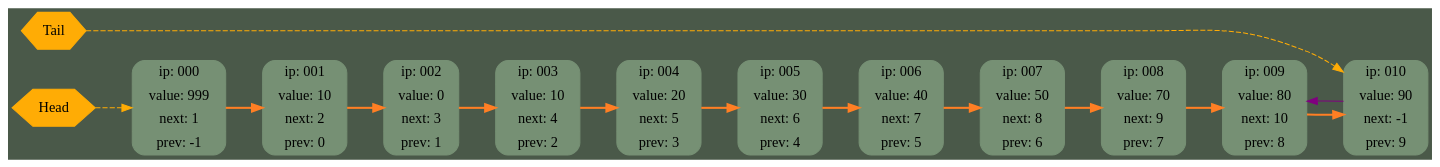
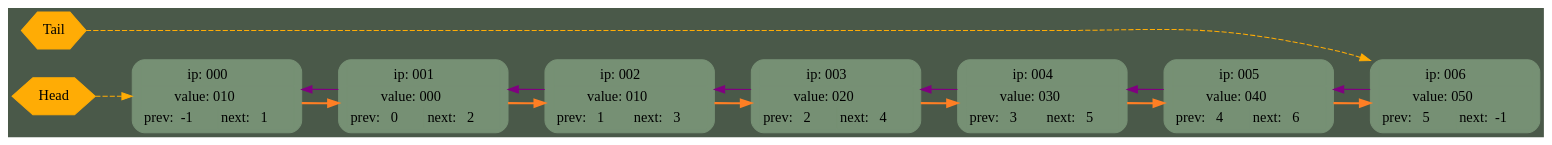
Before and after one commit to rAch-kaplin/List: the diagram in GraphDump/dump.dot, drawn with Graphviz. The commit also changed 4 other files, not shown here.

```diff
--- a/GraphDump/dump.dot
+++ b/GraphDump/dump.dot
@@ -1,36 +1,75 @@
 digraph G {
 	rankdir = LR;
 	bgcolor="#4A5949"
-	node000 [shape=Mrecord; style=filled; color="#769074"; label =  " { ip: 000} | {value: 999} | {next:   1} | {prev:  -1} " ];
-	node001 [shape=Mrecord; style=filled; color="#769074"; label =  " { ip: 001} | {value:  10} | {next:   2} | {prev:   0} " ];
-	node002 [shape=Mrecord; style=filled; color="#769074"; label =  " { ip: 002} | {value:   0} | {next:   3} | {prev:   1} " ];
-	node003 [shape=Mrecord; style=filled; color="#769074"; label =  " { ip: 003} | {value:  10} | {next:   4} | {prev:   2} " ];
-	node004 [shape=Mrecord; style=filled; color="#769074"; label =  " { ip: 004} | {value:  20} | {next:   5} | {prev:   3} " ];
-	node005 [shape=Mrecord; style=filled; color="#769074"; label =  " { ip: 005} | {value:  30} | {next:   6} | {prev:   4} " ];
-	node006 [shape=Mrecord; style=filled; color="#769074"; label =  " { ip: 006} | {value:  40} | {next:   7} | {prev:   5} " ];
-	node007 [shape=Mrecord; style=filled; color="#769074"; label =  " { ip: 007} | {value:  50} | {next:   8} | {prev:   6} " ];
-	node008 [shape=Mrecord; style=filled; color="#769074"; label =  " { ip: 008} | {value:  70} | {next:   9} | {prev:   7} " ];
-	node009 [shape=Mrecord; style=filled; color="#769074"; label =  " { ip: 009} | {value:  80} | {next:  10} | {prev:   8} " ];
-	node010 [shape=Mrecord; style=filled; color="#769074"; label =  " { ip: 010} | {value:  90} | {next:  -1} | {prev:   9} " ];
+	node000 [shape=Mrecord; style=filled; color="#769074"; label = <
+		         <table border='0' cellborder='1' cellspacing='0'>
+			           <tr><td align='center' colspan='2'> ip: 000 </td></tr>
+			           <tr><td align='center' colspan='2'> value: 010 </td></tr>
+			           <tr><td align='center' > prev:  -1 </td>
+			               <td align='center'> next:   1 </td></tr>
+		         </table> >];
+	node001 [shape=Mrecord; style=filled; color="#769074"; label = <
+		         <table border='0' cellborder='1' cellspacing='0'>
+			           <tr><td align='center' colspan='2'> ip: 001 </td></tr>
+			           <tr><td align='center' colspan='2'> value: 000 </td></tr>
+			           <tr><td align='center' > prev:   0 </td>
+			               <td align='center'> next:   2 </td></tr>
+		         </table> >];
+	node002 [shape=Mrecord; style=filled; color="#769074"; label = <
+		         <table border='0' cellborder='1' cellspacing='0'>
+			           <tr><td align='center' colspan='2'> ip: 002 </td></tr>
+			           <tr><td align='center' colspan='2'> value: 010 </td></tr>
+			           <tr><td align='center' > prev:   1 </td>
+			               <td align='center'> next:   3 </td></tr>
+		         </table> >];
+	node003 [shape=Mrecord; style=filled; color="#769074"; label = <
+		         <table border='0' cellborder='1' cellspacing='0'>
+			           <tr><td align='center' colspan='2'> ip: 003 </td></tr>
+			           <tr><td align='center' colspan='2'> value: 020 </td></tr>
+			           <tr><td align='center' > prev:   2 </td>
+			               <td align='center'> next:   4 </td></tr>
+		         </table> >];
+	node004 [shape=Mrecord; style=filled; color="#769074"; label = <
+		         <table border='0' cellborder='1' cellspacing='0'>
+			           <tr><td align='center' colspan='2'> ip: 004 </td></tr>
+			           <tr><td align='center' colspan='2'> value: 030 </td></tr>
+			           <tr><td align='center' > prev:   3 </td>
+			               <td align='center'> next:   5 </td></tr>
+		         </table> >];
+	node005 [shape=Mrecord; style=filled; color="#769074"; label = <
+		         <table border='0' cellborder='1' cellspacing='0'>
+			           <tr><td align='center' colspan='2'> ip: 005 </td></tr>
+			           <tr><td align='center' colspan='2'> value: 040 </td></tr>
+			           <tr><td align='center' > prev:   4 </td>
+			               <td align='center'> next:   6 </td></tr>
+		         </table> >];
+	node006 [shape=Mrecord; style=filled; color="#769074"; label = <
+		         <table border='0' cellborder='1' cellspacing='0'>
+			           <tr><td align='center' colspan='2'> ip: 006 </td></tr>
+			           <tr><td align='center' colspan='2'> value: 050 </td></tr>
+			           <tr><td align='center' > prev:   5 </td>
+			               <td align='center'> next:  -1 </td></tr>
+		         </table> >];
 
 
 	node000 -> node001 [style=bold; weight=1000; color=chocolate1; ];
 	node001 -> node002 [style=bold; weight=1000; color=chocolate1; ];
 	node002 -> node003 [style=bold; weight=1000; color=chocolate1; ];
 	node003 -> node004 [style=bold; weight=1000; color=chocolate1; ];
 	node004 -> node005 [style=bold; weight=1000; color=chocolate1; ];
 	node005 -> node006 [style=bold; weight=1000; color=chocolate1; ];
-	node006 -> node007 [style=bold; weight=1000; color=chocolate1; ];
-	node007 -> node008 [style=bold; weight=1000; color=chocolate1; ];
-	node008 -> node009 [style=bold; weight=1000; color=chocolate1; ];
-	node009 -> node010 [style=bold; weight=1000; color=chocolate1; ];
-	node010 -> node009 [weight=0; color=purple; constraint=false; ];
+	node006 -> node005 [weight=0; color=purple; constraint=false; ];
+	node005 -> node004 [weight=0; color=purple; constraint=false; ];
+	node004 -> node003 [weight=0; color=purple; constraint=false; ];
+	node003 -> node002 [weight=0; color=purple; constraint=false; ];
+	node002 -> node001 [weight=0; color=purple; constraint=false; ];
+	node001 -> node000 [weight=0; color=purple; constraint=false; ];
 
 	head [shape=hexagon; style=filled; color="#ffac05"; label="Head"];
 	head -> node000 [style=dashed; color="#ffac05"];
 	{ rank = min; head; }
 
 	tail [shape=hexagon; style=filled; color="#ffac05"; label="Tail"];
-	tail -> node010 [style=dashed; color="#ffac05"];
+	tail -> node006 [style=dashed; color="#ffac05"];
 	{ rank = min; tail; }
 }
```
